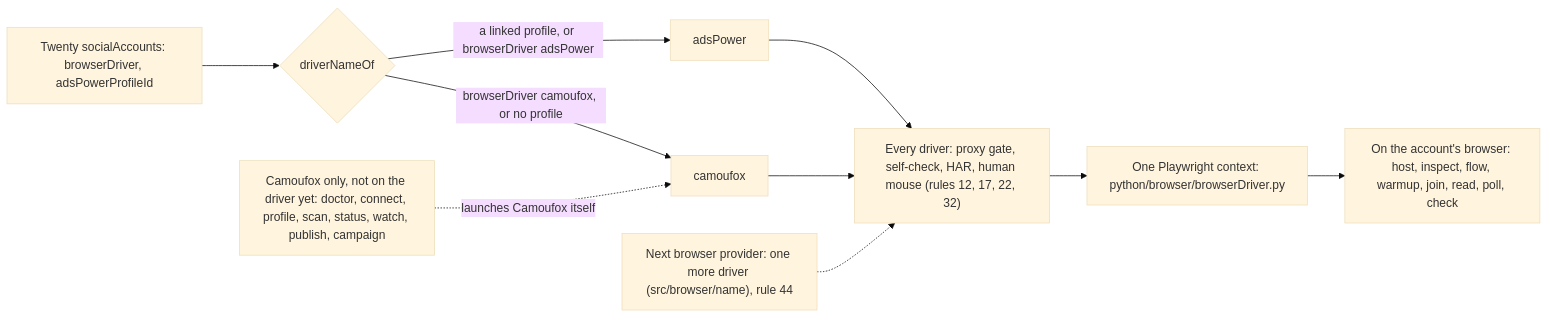
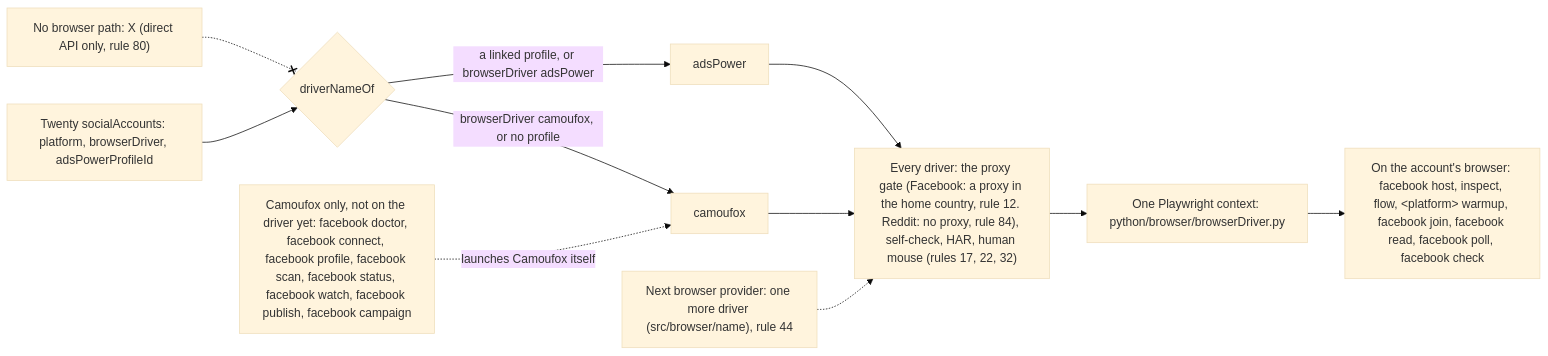
One commit to matthewdonsemail-lab/log changed the diagram in docs/diagrams/browsers.mmd. Above: the diagram before and after it, drawn with Mermaid (base theme). The commit also changed 9 other files, not shown here.

Commit message:
docs(readme): every platform in the README and its diagrams: a platforms diagram, commands grouped by platform, the direct-API engine path

```diff
--- a/docs/diagrams/browsers.mmd
+++ b/docs/diagrams/browsers.mmd
@@ -1,18 +1,19 @@
-%% The browser layer. log-cli is browser-agnostic: each account's browser is a driver picked from Twenty, AdsPower first, and every driver opens through the same gates. From `BROWSER_DRIVERS` (`src/browser/driver`) and `commandBrowser` (`src/browser/run`).
+%% The browser layer. log-cli is browser-agnostic: each account's browser is a driver picked from Twenty, AdsPower first, and every driver opens through the same gates. Whether the gate needs a proxy is the platform's (`PLATFORM_SITES`). From `BROWSER_DRIVERS` (`src/browser/driver`) and `commandBrowser` (`src/browser/run`).
 %% Written by `bun run docs:build` from the code (rule 56). Not edited by hand.
 flowchart LR
-  twenty["Twenty socialAccounts: browserDriver, adsPowerProfileId"]
+  twenty["Twenty socialAccounts: platform, browserDriver, adsPowerProfileId"]
   pick{"driverNameOf"}
-  gates["Every driver: proxy gate, self-check, HAR, human mouse (rules 12, 17, 22, 32)"]
+  gates["Every driver: the proxy gate (Facebook: a proxy in the home country, rule 12. Reddit: no proxy, rule 84), self-check, HAR, human mouse (rules 17, 22, 32)"]
   session["One Playwright context: python/browser/browserDriver.py"]
   twenty --> pick
   pick -->|"browserDriver camoufox, or no profile"| d_camoufox["camoufox"]
   pick -->|"a linked profile, or browserDriver adsPower"| d_adsPower["adsPower"]
   d_camoufox --> gates
   d_adsPower --> gates
   more["Next browser provider: one more driver (src/browser/name), rule 44"] -.-> gates
   gates --> session
-  account["On the account's browser: host, inspect, flow, warmup, join, read, poll, check"]
-  camoufox["Camoufox only, not on the driver yet: doctor, connect, profile, scan, status, watch, publish, campaign"]
+  account["On the account's browser: facebook host, inspect, flow, #lt;platform#gt; warmup, facebook join, facebook read, facebook poll, facebook check"]
+  camoufox["Camoufox only, not on the driver yet: facebook doctor, facebook connect, facebook profile, facebook scan, facebook status, facebook watch, facebook publish, facebook campaign"]
   session --> account
   camoufox -.->|"launches Camoufox itself"| d_camoufox
+  nobrowser["No browser path: X (direct API only, rule 80)"] -.-x pick
```
